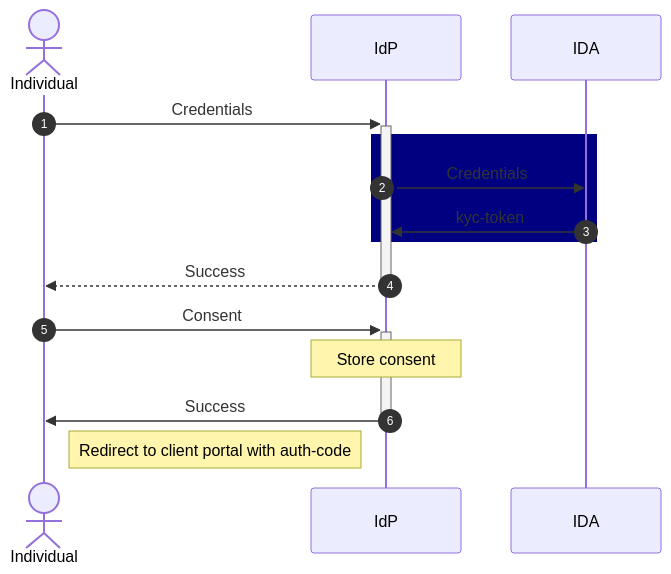
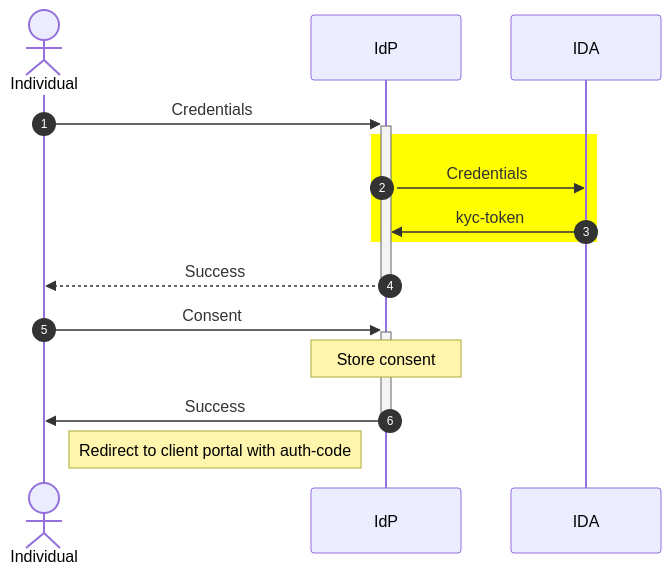
One commit to mosip/documentation changed the first of 2 diagrams in docs/integration-guides/authentication-system-integration.md. Above: the diagram before and after it, drawn with Mermaid. The commit also changed other lines of this file, not shown here.

````diff
--- a/docs/integration-guides/authentication-system-integration.md
+++ b/docs/integration-guides/authentication-system-integration.md
@@ -9,15 +9,15 @@
 ```mermaid
 sequenceDiagram
     autonumber
     actor Individual
     Individual->>+IdP: Credentials
-    rect rgb(0,0,128)
+    rect yellow
     IdP->>IDA: Credentials
     IDA->>IdP: kyc-token
     end
     IdP-->>-Individual: Success
     Individual->>+IdP: Consent
     Note over IdP: Store consent
     IdP->>-Individual: Success
     Note left of IdP:Redirect to client portal with auth-code
 ```
````
